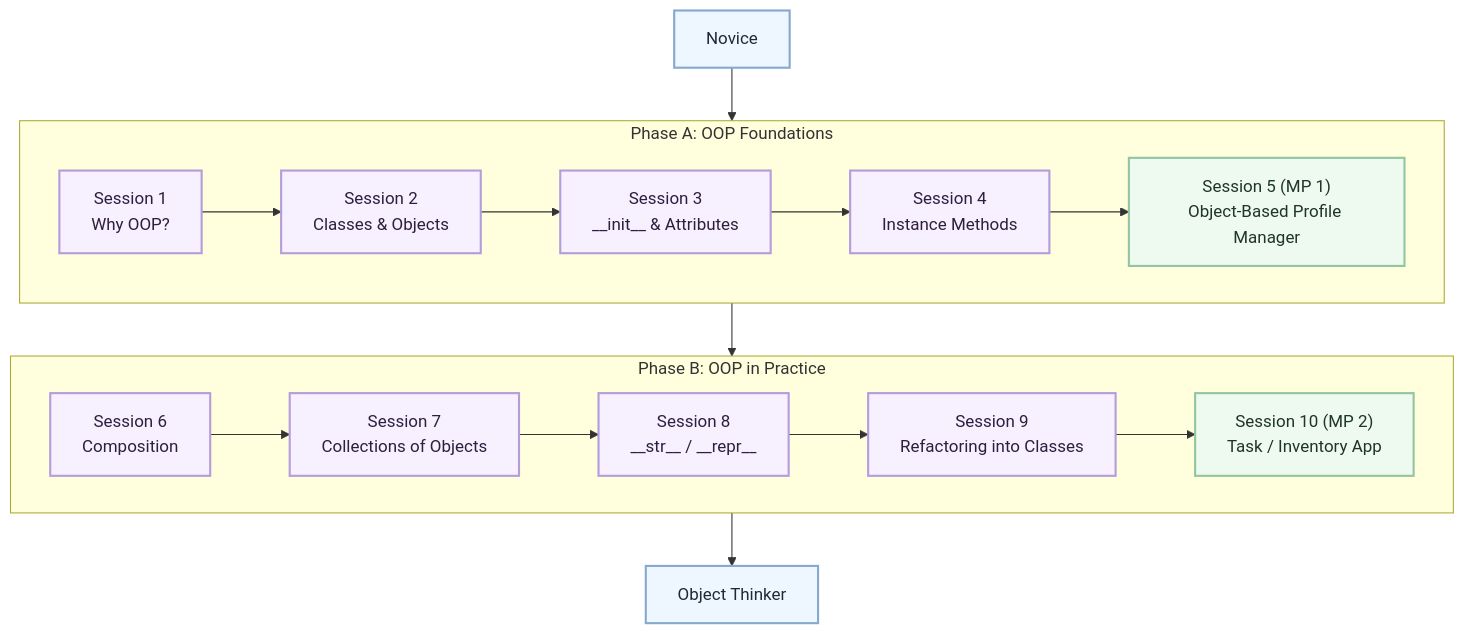
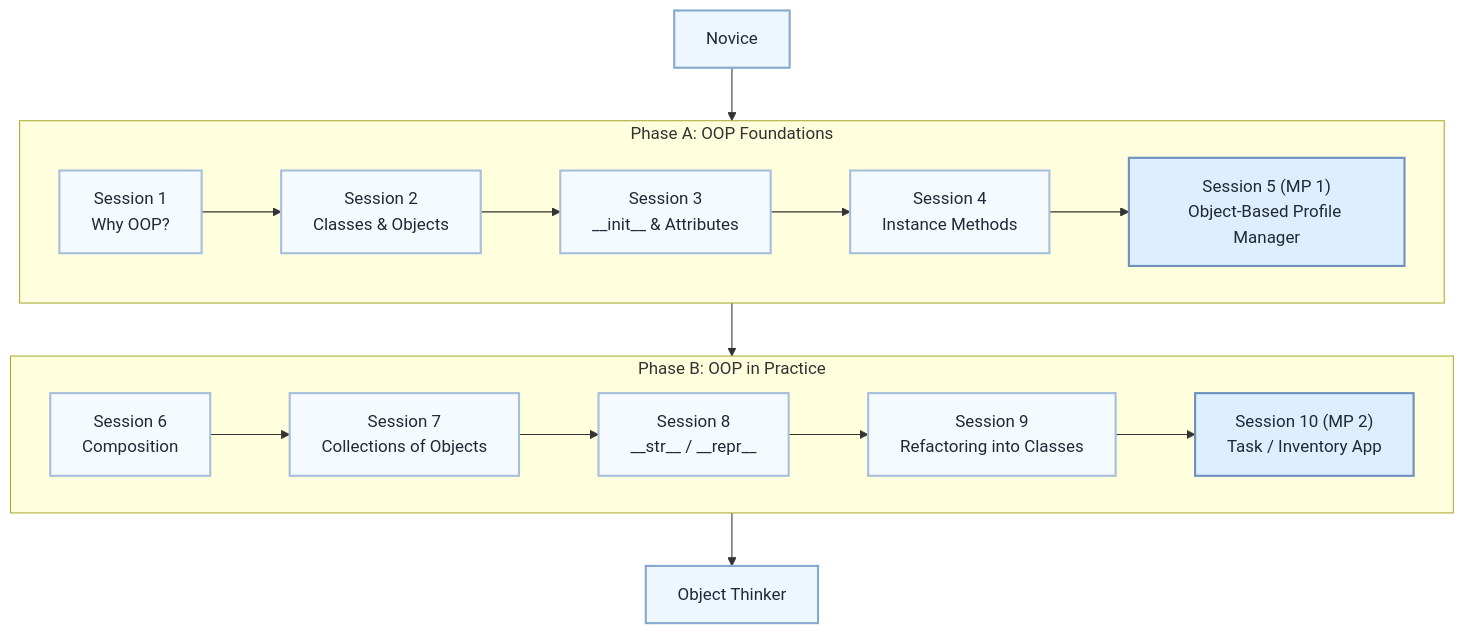
Before and after one commit to Swamy-s-Tech-Skills-Academy/python-fundamentals: the diagram in docs/sessions/L3/_Plan.md, drawn with Mermaid. The commit also changed other lines of this file and 3 other files, not shown here.

Commit message:
Refactor Mermaid diagram styles in Level 1, Level 2, and Level 3 plans: enhance visual clarity and consistency.

````diff
--- a/docs/sessions/L3/_Plan.md
+++ b/docs/sessions/L3/_Plan.md
@@ -127,32 +127,32 @@
 ```mermaid
 flowchart TB
-	A["Novice"] --> PhaseA
+  A["Novice"] --> PhaseA
     PhaseA --> PhaseB
-	PhaseB --> K["Object Thinker"]
+  PhaseB --> K["Object Thinker"]
 
-	subgraph PhaseA["Phase A: OOP Foundations"]
-		B1["Session 1<br>Why OOP?"]
-		B2["Session 2<br>Classes & Objects"]
-		B3["Session 3<br>__init__ & Attributes"]
-		B4["Session 4<br>Instance Methods"]
-		B5["Session 5 (MP 1)<br>Object-Based Profile Manager"]
+  subgraph PhaseA["Phase A: OOP Foundations"]
+    B1["Session 1<br>Why OOP?"]
+    B2["Session 2<br>Classes & Objects"]
+    B3["Session 3<br>__init__ & Attributes"]
+    B4["Session 4<br>Instance Methods"]
+    B5["Session 5 (MP 1)<br>Object-Based Profile Manager"]
         B1 --> B2 --> B3 --> B4 --> B5
     end
 
-	subgraph PhaseB["Phase B: OOP in Practice"]
-		C1["Session 6<br>Composition"]
-		C2["Session 7<br>Collections of Objects"]
-		C3["Session 8<br>__str__ / __repr__"]
-		C4["Session 9<br>Refactoring into Classes"]
-		C5["Session 10 (MP 2)<br>Task / Inventory App"]
+  subgraph PhaseB["Phase B: OOP in Practice"]
+    C1["Session 6<br>Composition"]
+    C2["Session 7<br>Collections of Objects"]
+    C3["Session 8<br>__str__ / __repr__"]
+    C4["Session 9<br>Refactoring into Classes"]
+    C5["Session 10 (MP 2)<br>Task / Inventory App"]
         C1 --> C2 --> C3 --> C4 --> C5
     end
 
-	classDef startEnd fill:#eef6ff,stroke:#86a9cf,stroke-width:2px,color:#1f2a37
-	classDef session fill:#f6f0ff,stroke:#b39ddb,stroke-width:2px,color:#2d1f3d
-	classDef project fill:#eef9f0,stroke:#93c5a1,stroke-width:2px,color:#1f3527
+  classDef startEnd fill:#eef6ff,stroke:#86a9cf,stroke-width:2px,color:#1f2a37
+  classDef session fill:#f5faff,stroke:#a8bfdc,stroke-width:2px,color:#1f2a37
+  classDef project fill:#ddeeff,stroke:#6f90bd,stroke-width:2px,color:#1f2a37
 
-	class A,K startEnd
-	class B1,B2,B3,B4,C1,C2,C3,C4 session
-	class B5,C5 project
+  class A,K startEnd
+  class B1,B2,B3,B4,C1,C2,C3,C4 session
+  class B5,C5 project
 ```
````
